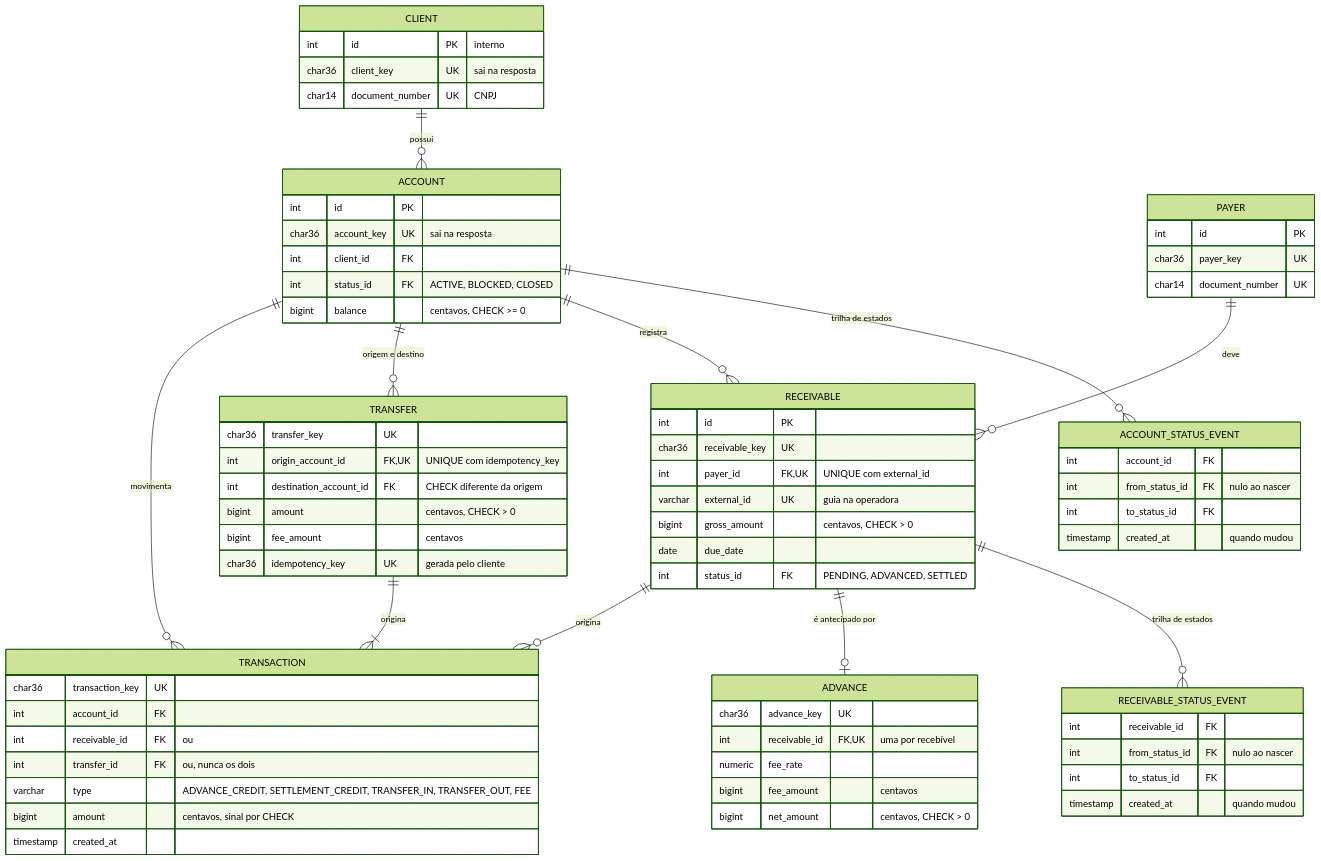
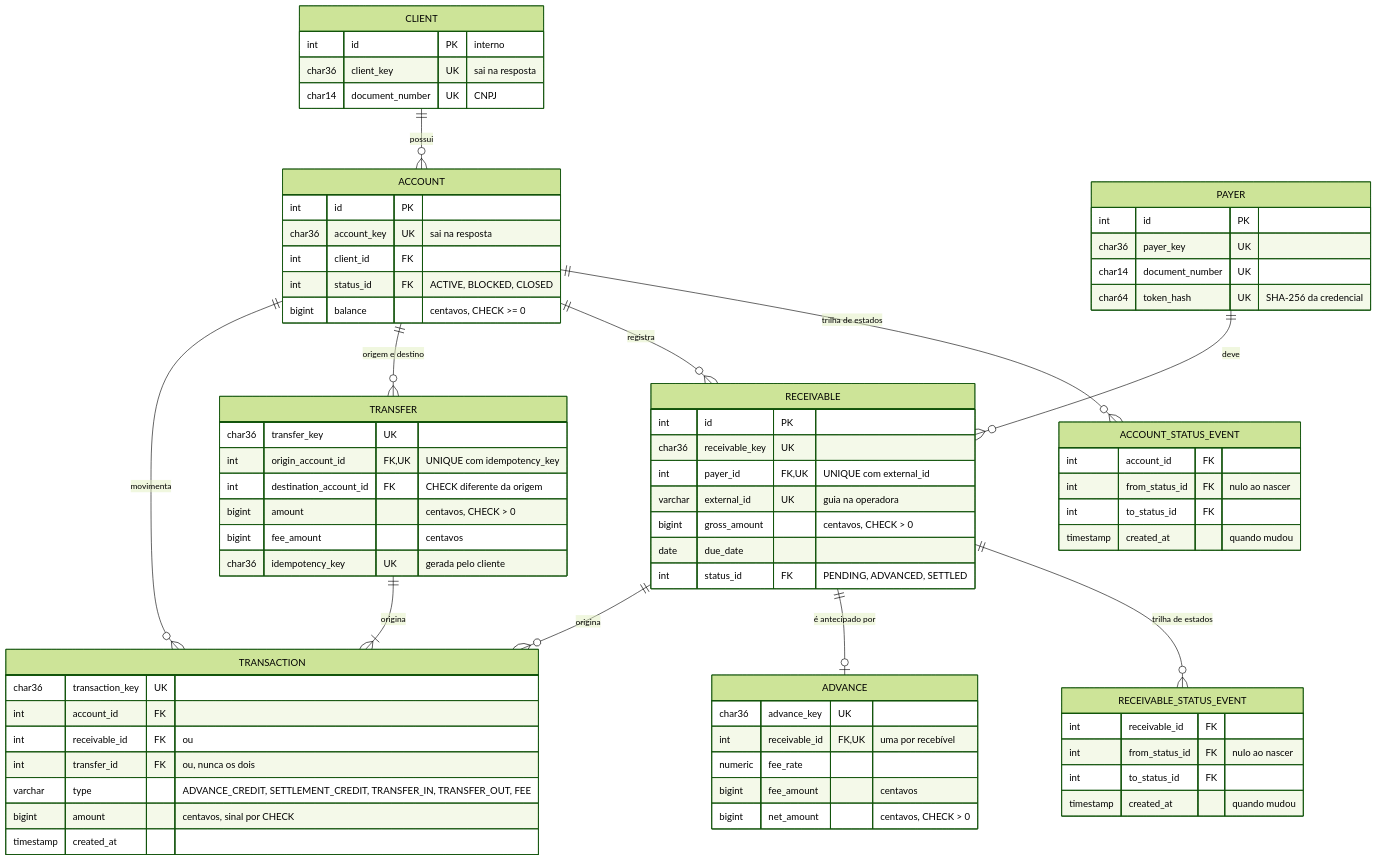
Before and after one commit to eduardo3071/QI-Tech-Project: the second of 2 diagrams in docs/RFC.md, drawn with Mermaid (forest theme). The commit also changed other lines of this file and 33 other files, not shown here.

````diff
--- a/docs/RFC.md
+++ b/docs/RFC.md
@@ -65,76 +66,77 @@
 ```mermaid
 erDiagram
     CLIENT ||--o{ ACCOUNT : "possui"
     ACCOUNT ||--o{ ACCOUNT_STATUS_EVENT : "trilha de estados"
     ACCOUNT ||--o{ RECEIVABLE : "registra"
     PAYER ||--o{ RECEIVABLE : "deve"
     RECEIVABLE ||--o{ RECEIVABLE_STATUS_EVENT : "trilha de estados"
     RECEIVABLE ||--o| ADVANCE : "é antecipado por"
     ACCOUNT ||--o{ TRANSFER : "origem e destino"
     ACCOUNT ||--o{ TRANSACTION : "movimenta"
     RECEIVABLE ||--o{ TRANSACTION : "origina"
     TRANSFER ||--|{ TRANSACTION : "origina"
 
     CLIENT {
         int id PK "interno"
         char36 client_key UK "sai na resposta"
         char14 document_number UK "CNPJ"
     }
     ACCOUNT {
         int id PK
         char36 account_key UK "sai na resposta"
         int client_id FK
         int status_id FK "ACTIVE, BLOCKED, CLOSED"
         bigint balance "centavos, CHECK >= 0"
     }
     ACCOUNT_STATUS_EVENT {
         int account_id FK
         int from_status_id FK "nulo ao nascer"
         int to_status_id FK
         timestamp created_at "quando mudou"
     }
     PAYER {
         int id PK
         char36 payer_key UK
         char14 document_number UK
+        char64 token_hash UK "SHA-256 da credencial"
     }
     RECEIVABLE {
         int id PK
         char36 receivable_key UK
         int payer_id FK,UK "UNIQUE com external_id"
         varchar external_id UK "guia na operadora"
         bigint gross_amount "centavos, CHECK > 0"
         date due_date
         int status_id FK "PENDING, ADVANCED, SETTLED"
     }
     RECEIVABLE_STATUS_EVENT {
         int receivable_id FK
         int from_status_id FK "nulo ao nascer"
         int to_status_id FK
         timestamp created_at "quando mudou"
     }
     ADVANCE {
         char36 advance_key UK
         int receivable_id FK,UK "uma por recebível"
         numeric fee_rate
         bigint fee_amount "centavos"
         bigint net_amount "centavos, CHECK > 0"
     }
     TRANSFER {
         char36 transfer_key UK
         int origin_account_id FK,UK "UNIQUE com idempotency_key"
         int destination_account_id FK "CHECK diferente da origem"
         bigint amount "centavos, CHECK > 0"
         bigint fee_amount "centavos"
         char36 idempotency_key UK "gerada pelo cliente"
     }
     TRANSACTION {
         char36 transaction_key UK
         int account_id FK
         int receivable_id FK "ou"
         int transfer_id FK "ou, nunca os dois"
         varchar type "ADVANCE_CREDIT, SETTLEMENT_CREDIT, TRANSFER_IN, TRANSFER_OUT, FEE"
         bigint amount "centavos, sinal por CHECK"
         timestamp created_at
     }
 ```
````
